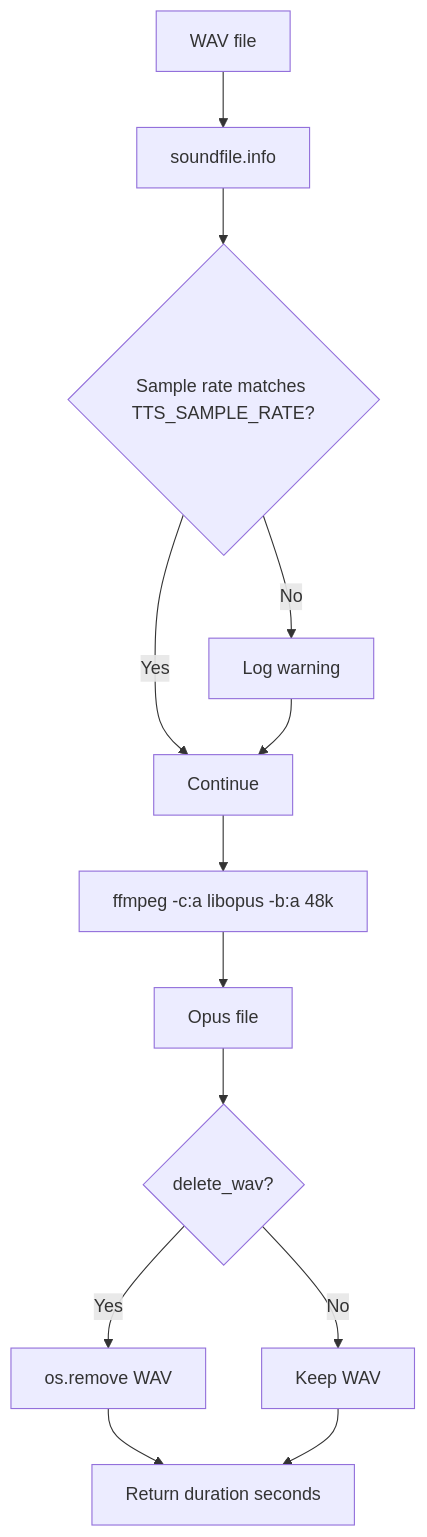
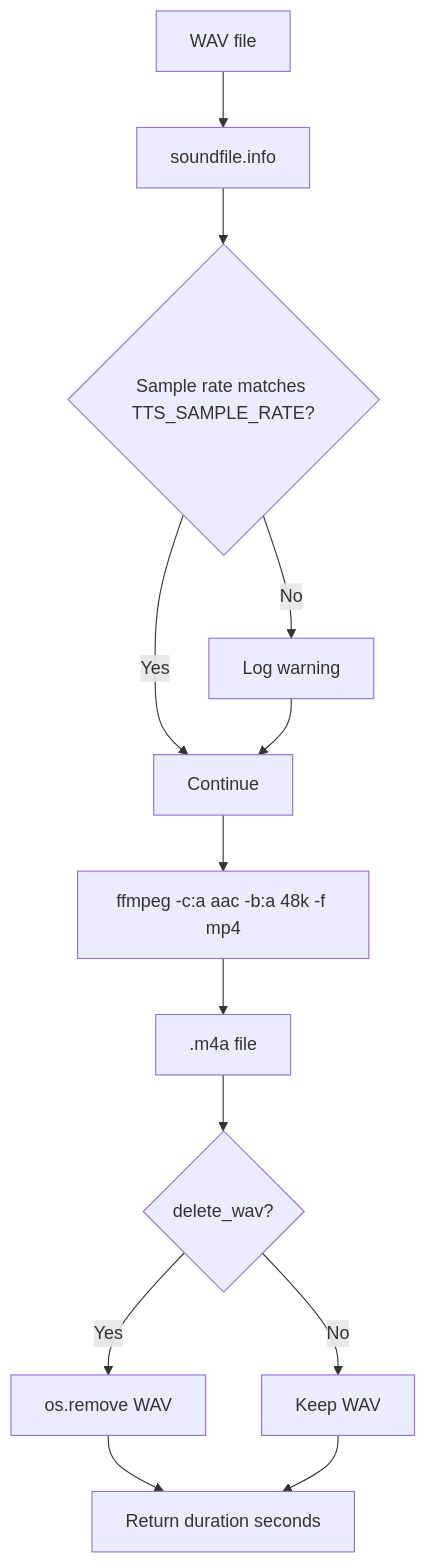
The diagram in pipeline/docs/step4-encoder.md (jkoeh/openshelf), drawn with Mermaid before and after one commit. The commit also changed other lines of this file and 16 other files, not shown here.

````diff
--- a/pipeline/docs/step4-encoder.md
+++ b/pipeline/docs/step4-encoder.md
@@ -10,15 +10,15 @@
 ```mermaid
 graph TD
     A[WAV file] --> B[soundfile.info]
     B --> C{Sample rate matches TTS_SAMPLE_RATE?}
     C -->|No| D[Log warning]
     C -->|Yes| E[Continue]
     D --> E
-    E --> F[ffmpeg -c:a libopus -b:a 48k]
-    F --> G[Opus file]
+    E --> F[ffmpeg -c:a aac -b:a 48k -f mp4]
+    F --> G[.m4a file]
     G --> H{delete_wav?}
     H -->|Yes| I[os.remove WAV]
     H -->|No| J[Keep WAV]
     I --> K[Return duration seconds]
     J --> K
 ```
````
